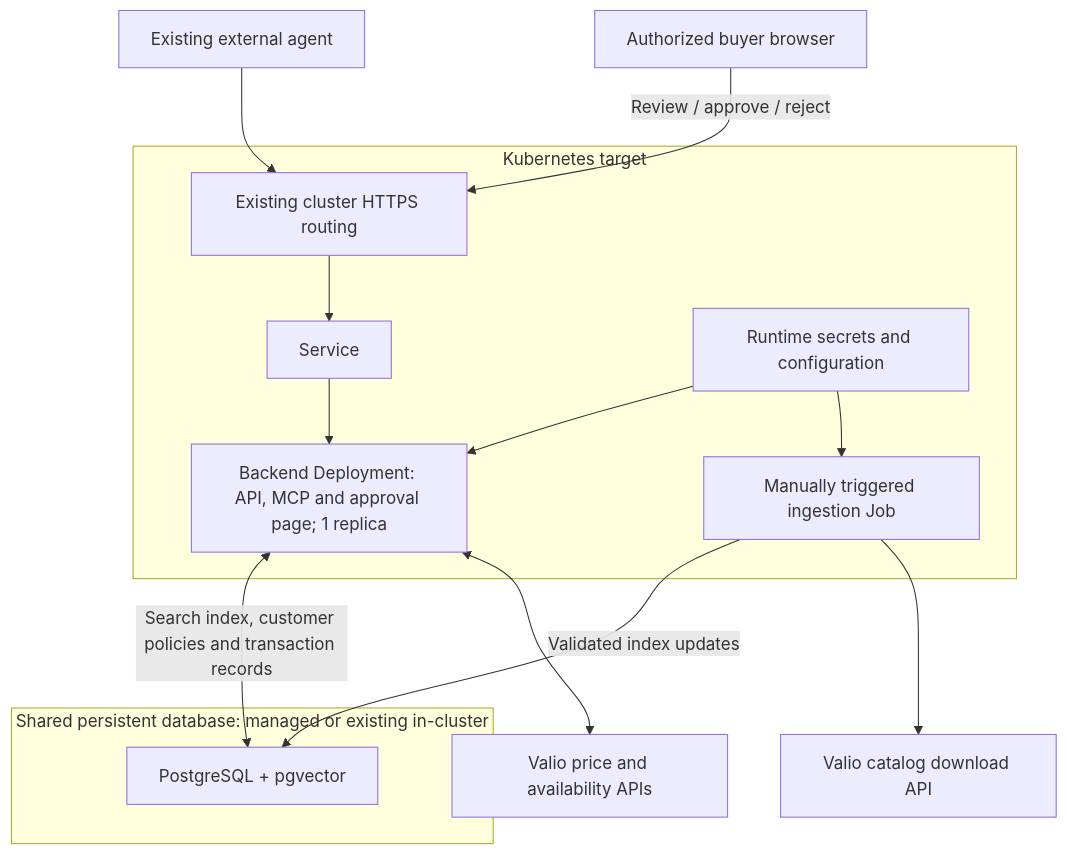
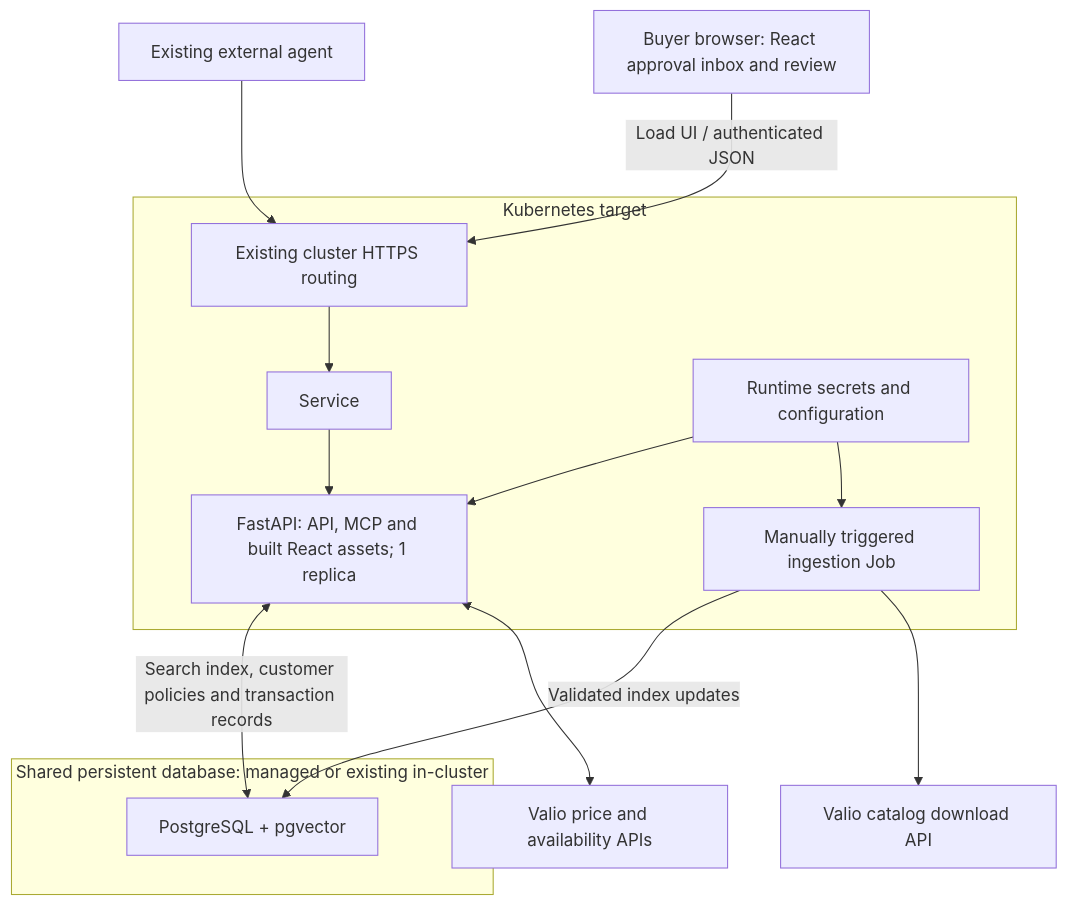
The third of 3 diagrams in docs/brief.md (Junction-Best-Team/Main-Application), drawn with Mermaid before and after one commit. The commit also changed other lines of this file and 3 other files, not shown here.

Commit message:
docs: plan React approval inbox and agent workflow

````diff
--- a/docs/brief.md
+++ b/docs/brief.md
@@ -345,19 +387,19 @@
 ```mermaid
 flowchart TB
     Agent["Existing external agent"] --> HTTPS["Existing cluster HTTPS routing"]
-    BuyerBrowser["Authorized buyer browser"] -->|"Review / approve / reject"| HTTPS
+    BuyerBrowser["Buyer browser: React approval inbox and review"] -->|"Load UI / authenticated JSON"| HTTPS
     subgraph Cluster["Kubernetes target"]
         HTTPS --> Service["Service"]
-        Service --> Pod["Backend Deployment: API, MCP and approval page; 1 replica"]
+        Service --> Pod["FastAPI: API, MCP and built React assets; 1 replica"]
         Job["Manually triggered ingestion Job"]
         Config["Runtime secrets and configuration"] --> Pod
         Config --> Job
     end
     subgraph Store["Shared persistent database: managed or existing in-cluster"]
         PG["PostgreSQL + pgvector"]
     end
     Pod <-->|"Search index, customer policies and transaction records"| PG
     Job -->|"Validated index updates"| PG
     Job --> Download["Valio catalog download API"]
     Pod <--> Lookups["Valio price and availability APIs"]
 ```
````
